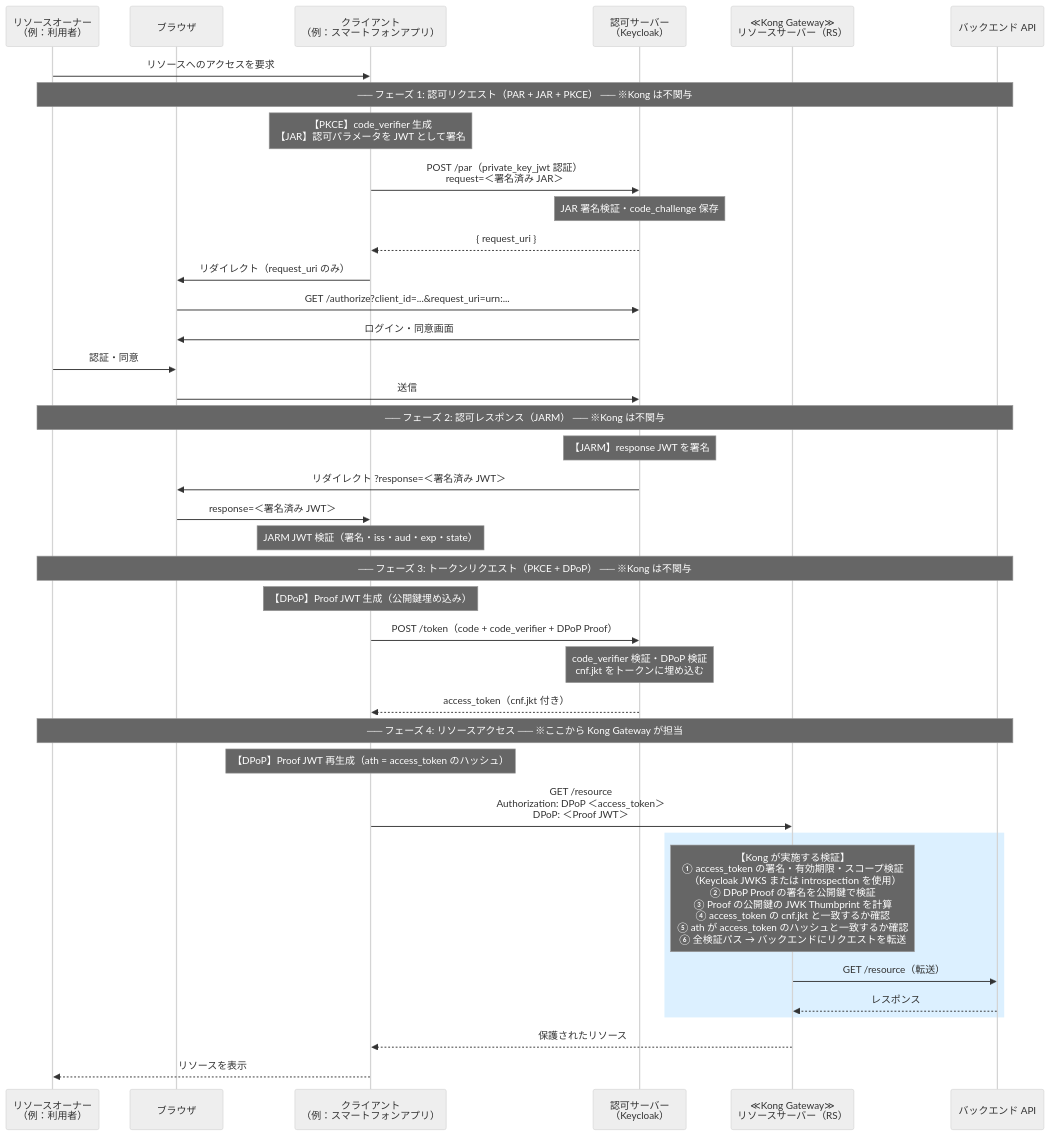
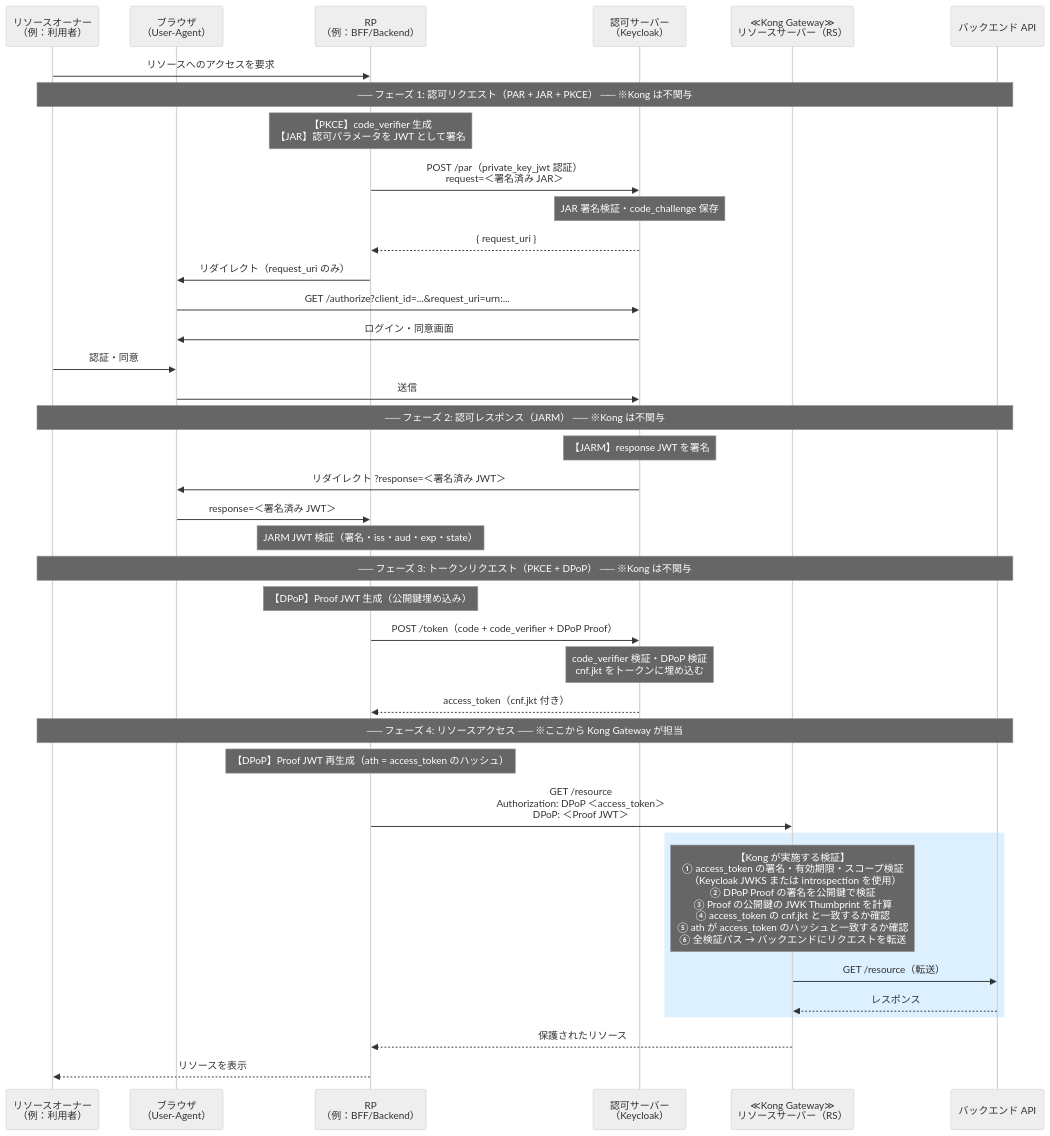
Before and after one commit to imurata/kong-fapi2: the seventh of 8 diagrams in README.md, drawn with Mermaid (neutral theme). The commit also changed other lines of this file and 20 other files, not shown here.

````diff
--- a/README.md
+++ b/README.md
@@ -600,51 +984,51 @@
 ```mermaid
 sequenceDiagram
     participant RO as リソースオーナー<br>（例：利用者）
-    participant B as ブラウザ
-    participant C as クライアント<br>（例：スマートフォンアプリ）
+    participant B as ブラウザ<br>（User-Agent）
+    participant C as RP<br>（例：BFF/Backend）
     participant AS as 認可サーバー<br>（Keycloak）
     participant KG as ≪Kong Gateway≫<br>リソースサーバー（RS）
     participant API as バックエンド API
 
     RO->>C: リソースへのアクセスを要求
 
     note over RO,API: ── フェーズ 1: 認可リクエスト（PAR + JAR + PKCE） ── ※Kong は不関与
 
     note over C: 【PKCE】code_verifier 生成<br>【JAR】認可パラメータを JWT として署名
     C->>AS: POST /par（private_key_jwt 認証）<br>request=＜署名済み JAR＞
     note over AS: JAR 署名検証・code_challenge 保存
     AS-->>C: { request_uri }
     C->>B: リダイレクト（request_uri のみ）
     B->>AS: GET /authorize?client_id=...&request_uri=urn:...
     AS->>B: ログイン・同意画面
     RO->>B: 認証・同意
     B->>AS: 送信
 
     note over RO,API: ── フェーズ 2: 認可レスポンス（JARM） ── ※Kong は不関与
 
     note over AS: 【JARM】response JWT を署名
     AS->>B: リダイレクト ?response=＜署名済み JWT＞
     B->>C: response=＜署名済み JWT＞
     note over C: JARM JWT 検証（署名・iss・aud・exp・state）
 
     note over RO,API: ── フェーズ 3: トークンリクエスト（PKCE + DPoP） ── ※Kong は不関与
 
     note over C: 【DPoP】Proof JWT 生成（公開鍵埋め込み）
     C->>AS: POST /token（code + code_verifier + DPoP Proof）
     note over AS: code_verifier 検証・DPoP 検証<br>cnf.jkt をトークンに埋め込む
     AS-->>C: access_token（cnf.jkt 付き）
 
     note over RO,API: ── フェーズ 4: リソースアクセス ── ※ここから Kong Gateway が担当
 
     note over C: 【DPoP】Proof JWT 再生成（ath = access_token のハッシュ）
     C->>KG: GET /resource<br>Authorization: DPoP ＜access_token＞<br>DPoP: ＜Proof JWT＞
 
     rect rgb(220, 240, 255)
         note over KG: 【Kong が実施する検証】<br>① access_token の署名・有効期限・スコープ検証<br>　（Keycloak JWKS または introspection を使用）<br>② DPoP Proof の署名を公開鍵で検証<br>③ Proof の公開鍵の JWK Thumbprint を計算<br>④ access_token の cnf.jkt と一致するか確認<br>⑤ ath が access_token のハッシュと一致するか確認<br>⑥ 全検証パス → バックエンドにリクエストを転送
         KG->>API: GET /resource（転送）
         API-->>KG: レスポンス
     end
 
     KG-->>C: 保護されたリソース
     C-->>RO: リソースを表示
 ```
````
